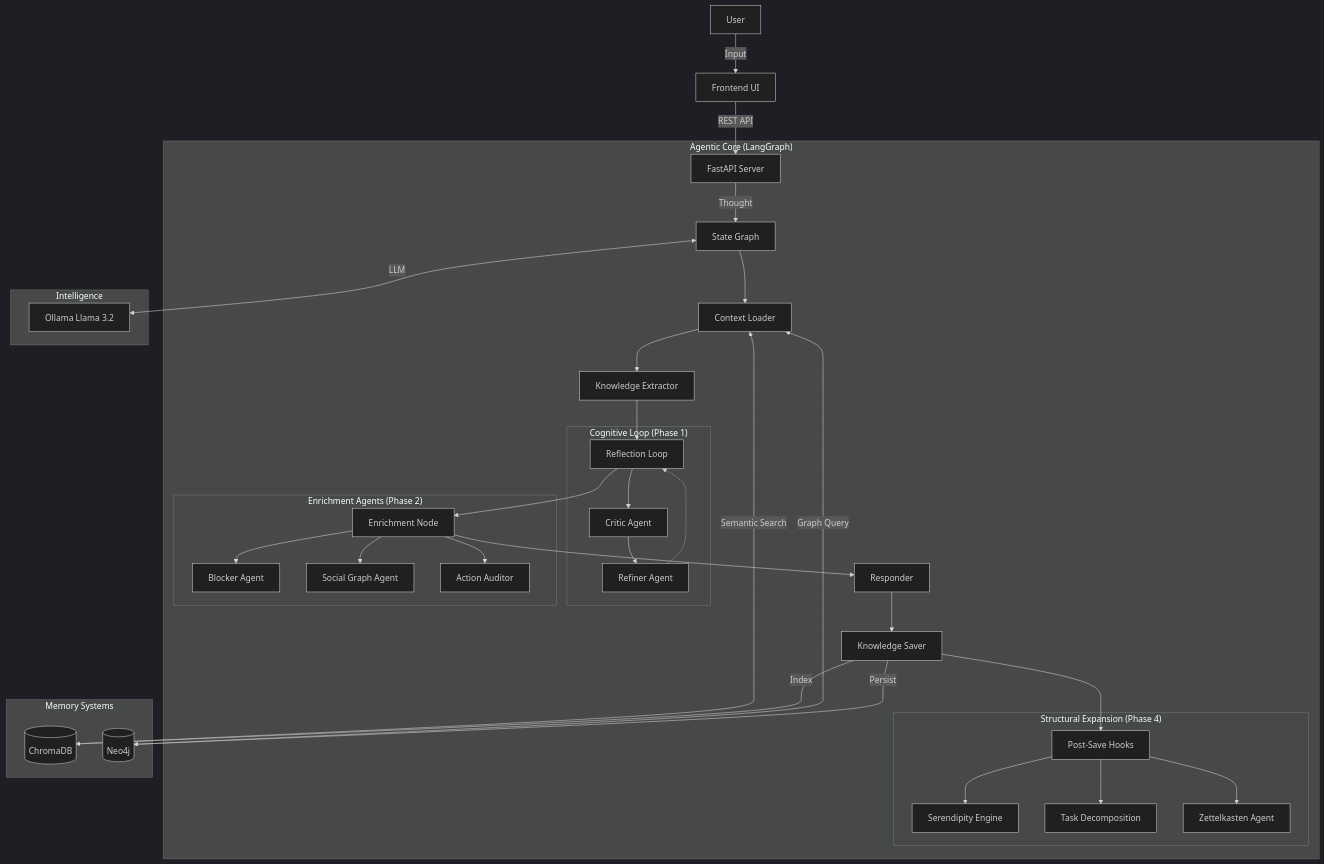
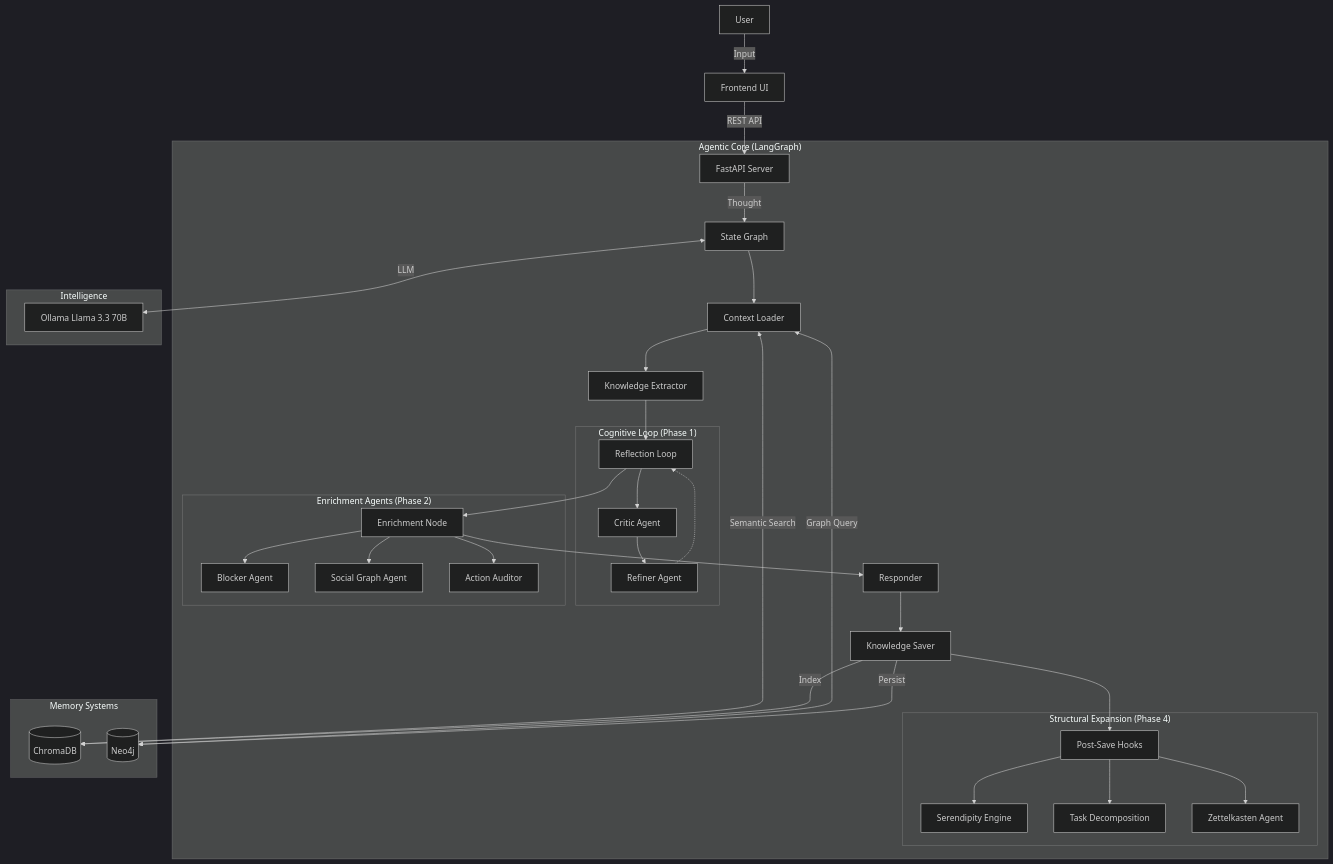
Before and after one commit to umeshshetty/peoples-agent: the diagram in docs/architecture.md, drawn with Mermaid (dark theme). The commit also changed 3 other files, not shown here.

````diff
--- a/docs/architecture.md
+++ b/docs/architecture.md
@@ -7,47 +7,47 @@
 ```mermaid
 graph TD
     User[User] -->|Input| Frontend[Frontend UI]
     Frontend -->|REST API| Server[FastAPI Server]
     
     subgraph "Agentic Core (LangGraph)"
         Server -->|Thought| Graph[State Graph]
         Graph --> ContextLoader[Context Loader]
         ContextLoader --> Extractor[Knowledge Extractor]
         Extractor --> Reflection[Reflection Loop]
         
         subgraph "Cognitive Loop (Phase 1)"
             Reflection --> Critic[Critic Agent]
             Critic --> Refiner[Refiner Agent]
             Refiner -.-> Reflection
         end
         
         Reflection --> Enrichment[Enrichment Node]
         
         subgraph "Enrichment Agents (Phase 2)"
             Enrichment --> BlockerAgent[Blocker Agent]
             Enrichment --> SocialGraph[Social Graph Agent]
             Enrichment --> ActionAuditor[Action Auditor]
         end
         
         Enrichment --> Respond[Responder]
         Respond --> Save[Knowledge Saver]
         Save --> PostSave[Post-Save Hooks]
         
         subgraph "Structural Expansion (Phase 4)"
             PostSave --> Serendipity[Serendipity Engine]
             PostSave --> TaskDecomp[Task Decomposition]
             PostSave --> Zettelkasten[Zettelkasten Agent]
         end
     end
     
     subgraph "Memory Systems"
         ContextLoader <-->|Semantic Search| ChromaDB[(ChromaDB)]
         ContextLoader <-->|Graph Query| Neo4j[(Neo4j)]
         Save -->|Persist| Neo4j
         Save -->|Index| ChromaDB
     end
     
     subgraph "Intelligence"
-        Graph <-->|LLM| Ollama[Ollama Llama 3.2]
+        Graph <-->|LLM| Ollama[Ollama Llama 3.3 70B]
     end
 ```
````
